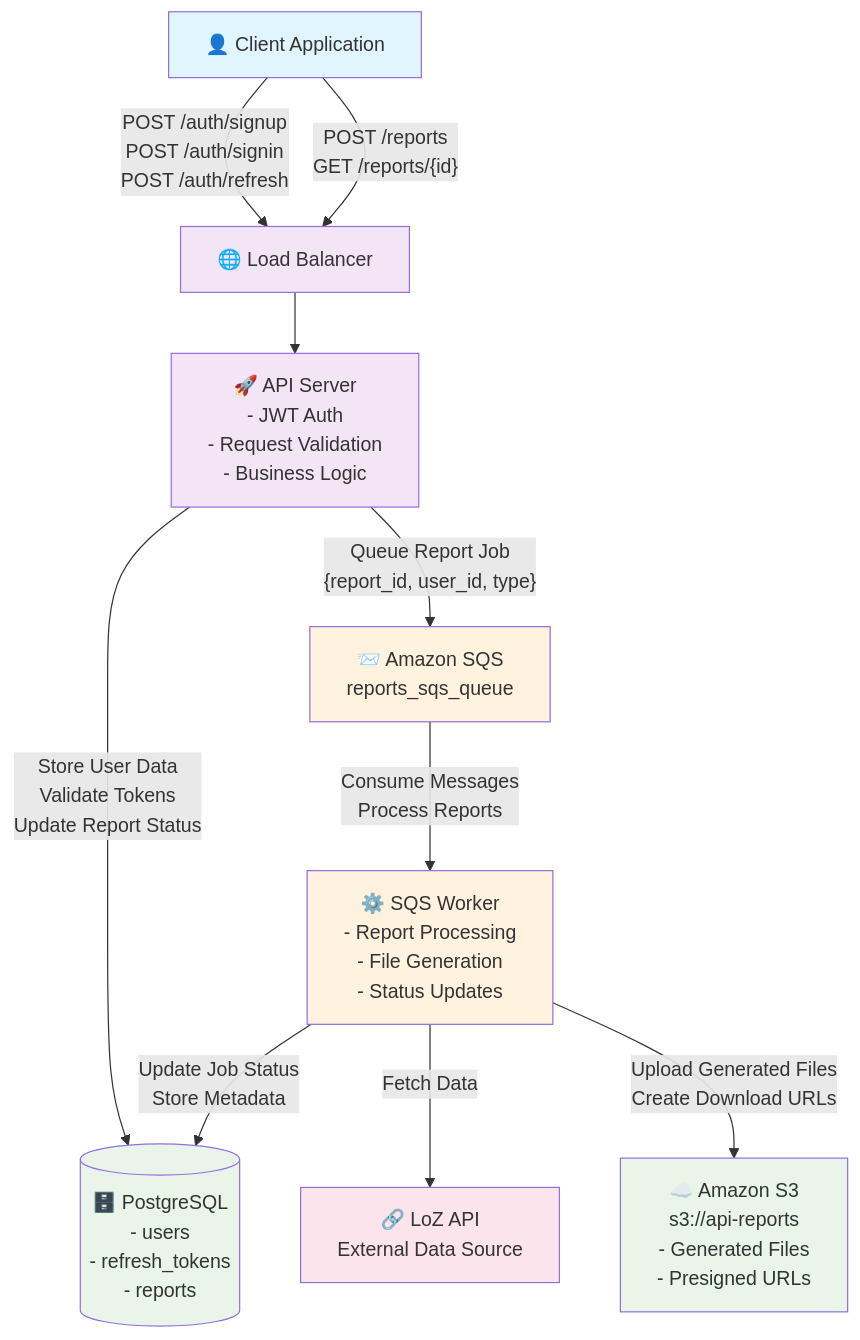
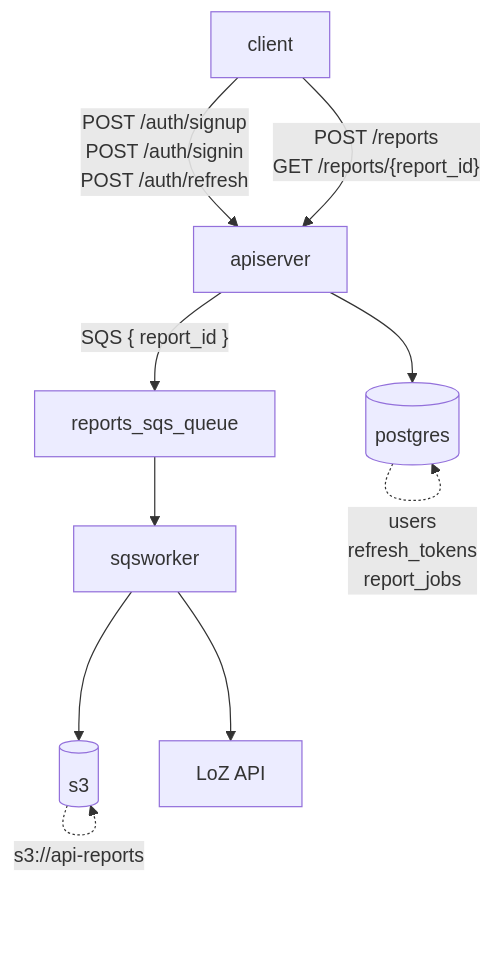
The diagram in README.md (InfinitelyFinite/asyncapi), drawn with Mermaid before and after one commit. The commit also changed other lines of this file, not shown here.

````diff
--- a/README.md
+++ b/README.md
@@ -7,54 +7,23 @@
 ```mermaid
 graph TB
-    %% Client Layer
-    Client[👤 Client Application]
+    client[client]
+    apiserver[apiserver]
+    postgres[(postgres)]
+    reports_sqs_queue[reports_sqs_queue]
+    sqsworker[sqsworker]
+    s3[(s3)]
+    lozapi[LoZ API]
     
-    %% API Gateway / Load Balancer
-    LB[🌐 Load Balancer]
+    client -->|"POST /auth/signup<br/>POST /auth/signin<br/>POST /auth/refresh"| apiserver
+    client -->|"POST /reports<br/>GET /reports/{report_id}"| apiserver
     
-    %% API Server
-    API[🚀 API Server<br/>- JWT Auth<br/>- Request Validation<br/>- Business Logic]
+    apiserver --> postgres
+    apiserver -->|"SQS { report_id }"| reports_sqs_queue
     
-    %% Message Queue
-    SQS[📨 Amazon SQS<br/>reports_sqs_queue]
+    reports_sqs_queue --> sqsworker
+    sqsworker --> lozapi
+    sqsworker --> s3
     
-    %% Worker Service
-    Worker[⚙️ SQS Worker<br/>- Report Processing<br/>- File Generation<br/>- Status Updates]
-    
-    %% Database
-    DB[(🗄️ PostgreSQL<br/>- users<br/>- refresh_tokens<br/>- reports)]
-    
-    %% File Storage
-    S3[☁️ Amazon S3<br/>s3://api-reports<br/>- Generated Files<br/>- Presigned URLs]
-    
-    %% External API
-    LoZ[🔗 LoZ API<br/>External Data Source]
-    
-    %% Request Flow
-    Client -->|"POST /auth/signup<br/>POST /auth/signin<br/>POST /auth/refresh"| LB
-    Client -->|"POST /reports<br/>GET /reports/{id}"| LB
-    
-    LB --> API
-    
-    API -->|"Store User Data<br/>Validate Tokens<br/>Update Report Status"| DB
-    API -->|"Queue Report Job<br/>{report_id, user_id, type}"| SQS
-    
-    SQS -->|"Consume Messages<br/>Process Reports"| Worker
-    
-    Worker -->|"Fetch Data"| LoZ
-    Worker -->|"Update Job Status<br/>Store Metadata"| DB
-    Worker -->|"Upload Generated Files<br/>Create Download URLs"| S3
-    
-    %% Styling
-    classDef client fill:#e1f5fe
-    classDef api fill:#f3e5f5
-    classDef storage fill:#e8f5e8
-    classDef queue fill:#fff3e0
-    classDef external fill:#fce4ec
-    
-    class Client client
-    class API,LB api
-    class DB,S3 storage
-    class SQS,Worker queue
-    class LoZ external
+    postgres -.->|"users<br/>refresh_tokens<br/>report_jobs"| postgres
+    s3 -.->|"s3://api-reports"| s3
 ```
````
